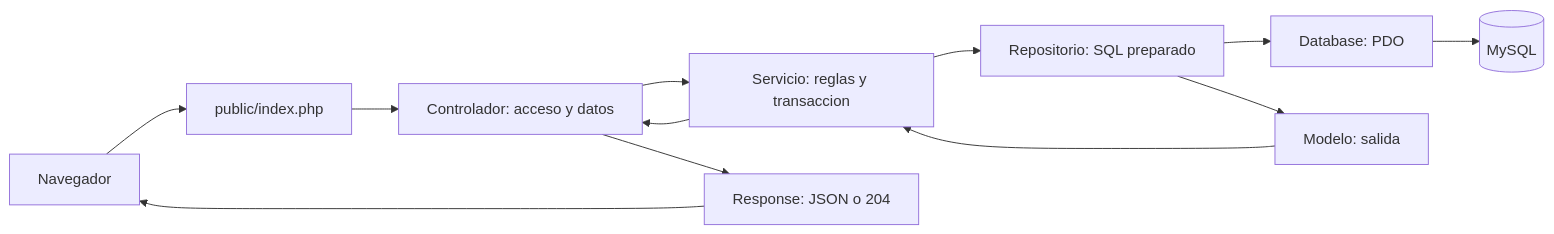
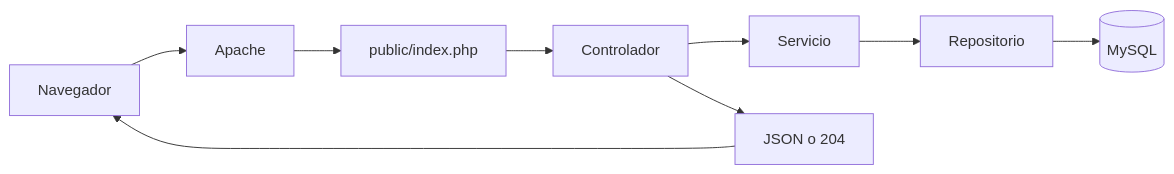
One commit to totito19/Proyecto-IMSJ changed the second of 2 diagrams in docs/administracion_ssoo/arquitectura_propuesta.md. Above: the diagram before and after it, drawn with Mermaid. The commit also changed other lines of this file and 67 other files, not shown here.

````diff
--- a/docs/administracion_ssoo/arquitectura_propuesta.md
+++ b/docs/administracion_ssoo/arquitectura_propuesta.md
@@ -24,14 +75,11 @@
 ```mermaid
 flowchart LR
-    Navegador --> Entrada[public/index.php]
-    Entrada --> Controlador[Controlador: acceso y datos]
-    Controlador --> Servicio[Servicio: reglas y transaccion]
-    Servicio --> Repositorio[Repositorio: SQL preparado]
-    Repositorio --> PDO[Database: PDO]
-    PDO --> MySQL[(MySQL)]
-    Repositorio --> Modelo[Modelo: salida]
-    Modelo --> Servicio
-    Servicio --> Controlador
-    Controlador --> Respuesta[Response: JSON o 204]
+    Navegador --> Apache[Apache]
+    Apache --> Entrada[public/index.php]
+    Entrada --> Controlador
+    Controlador --> Servicio
+    Servicio --> Repositorio
+    Repositorio --> MySQL[(MySQL)]
+    Controlador --> Respuesta[JSON o 204]
     Respuesta --> Navegador
 ```
````
